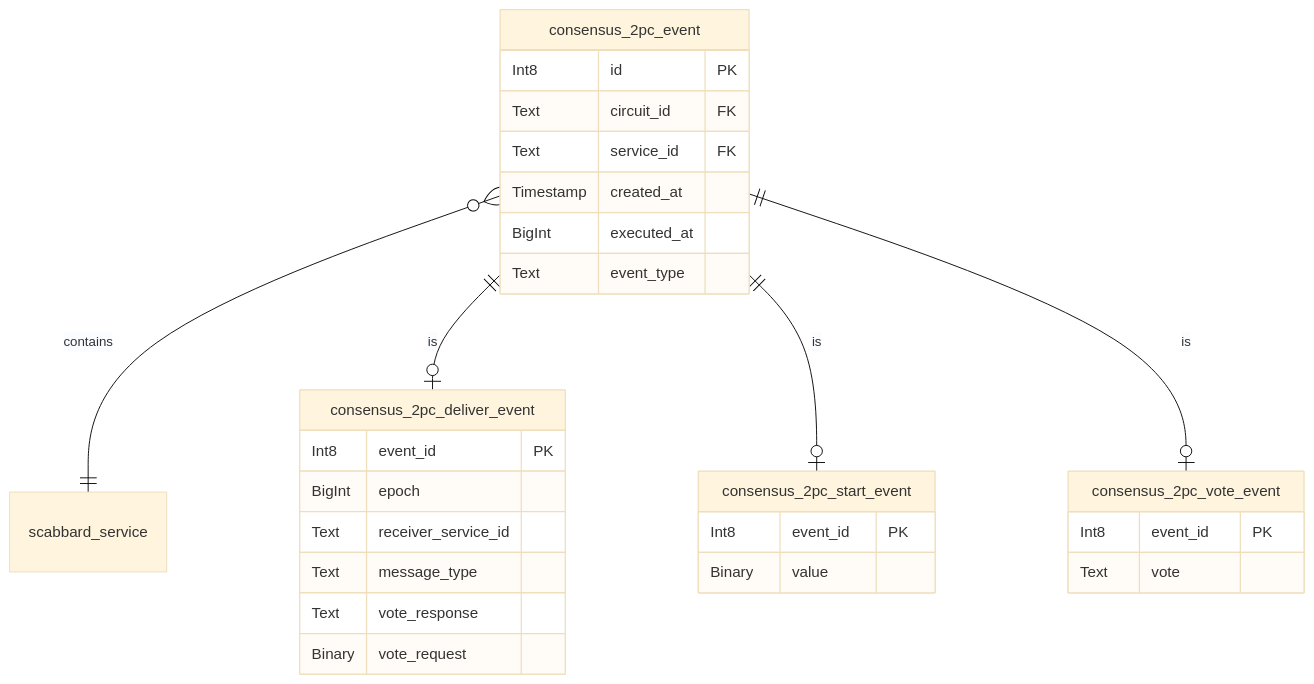
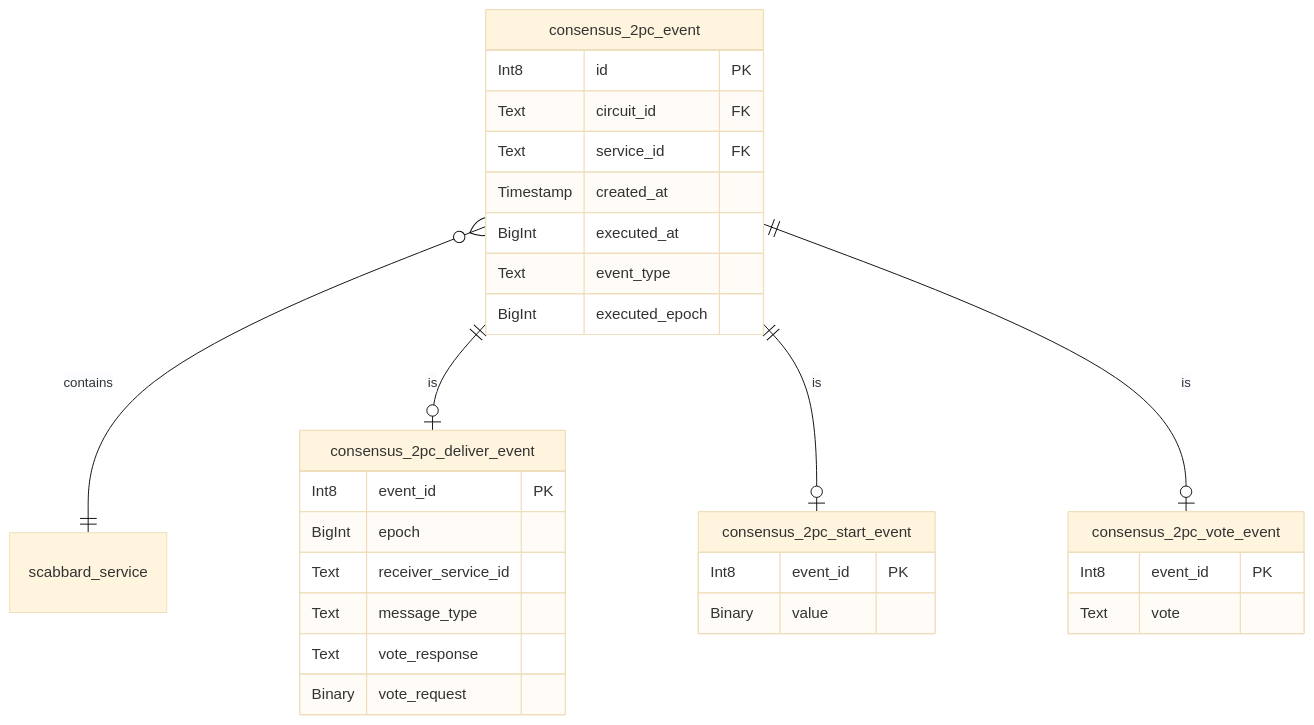
One commit to Cargill/splinter-docs changed the fourth of 4 diagrams in community/planning/splinter_v0.7_database.md. Above: the diagram before and after it, drawn with Mermaid (base theme). The commit also changed other lines of this file, not shown here.

First line of the commit message:
Update splinter db doc - add executed_epoch

```diff
--- a/community/planning/splinter_v0.7_database.md
+++ b/community/planning/splinter_v0.7_database.md
@@ -280,38 +280,39 @@
 <div class="mermaid">
 erDiagram
     consensus_2pc_event {
          Int8 id PK
          Text circuit_id FK
          Text service_id FK
          Timestamp created_at
          BigInt executed_at
          Text event_type
+         BigInt executed_epoch
     }
 
     consensus_2pc_event }o--|| scabbard_service: contains
 
     consensus_2pc_deliver_event {
         Int8 event_id PK
         BigInt epoch
         Text receiver_service_id
         Text message_type
         Text vote_response
         Binary vote_request
     }
 
     consensus_2pc_event ||--o| consensus_2pc_deliver_event: is
 
     consensus_2pc_start_event {
         Int8 event_id PK
         Binary value
     }
 
     consensus_2pc_event ||--o| consensus_2pc_start_event: is
 
     consensus_2pc_vote_event {
         Int8 event_id PK
         Text vote
     }
 
     consensus_2pc_event ||--o| consensus_2pc_vote_event: is
 </div>
```
